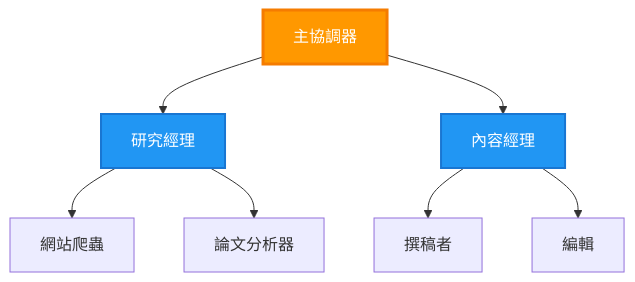
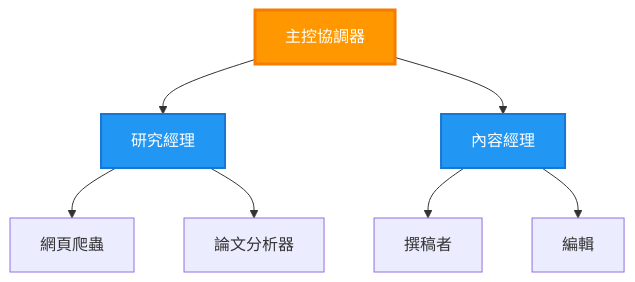
The third of 6 diagrams in translations/zh-MO/docs/chapter-06-pre-deployment/coordination-patterns.md (microsoft/AZD-for-beginners), drawn with Mermaid before and after one commit. The commit also changed other lines of this file and 101 other files, not shown here.

````diff
--- a/translations/zh-MO/docs/chapter-06-pre-deployment/coordination-patterns.md
+++ b/translations/zh-MO/docs/chapter-06-pre-deployment/coordination-patterns.md
@@ -149,21 +143,21 @@
 ```mermaid
 graph TB
-    Master[主協調器]
+    Master[主控協調器]
     Manager1[研究經理]
     Manager2[內容經理]
-    W1[網站爬蟲]
+    W1[網頁爬蟲]
     W2[論文分析器]
     W3[撰稿者]
     W4[編輯]
     
     Master --> Manager1
     Master --> Manager2
     Manager1 --> W1
     Manager1 --> W2
     Manager2 --> W3
     Manager2 --> W4
     
     style Master fill:#FF9800,stroke:#F57C00,stroke-width:3px,color:#fff
     style Manager1 fill:#2196F3,stroke:#1976D2,stroke-width:2px,color:#fff
     style Manager2 fill:#2196F3,stroke:#1976D2,stroke-width:2px,color:#fff
 ```
````
